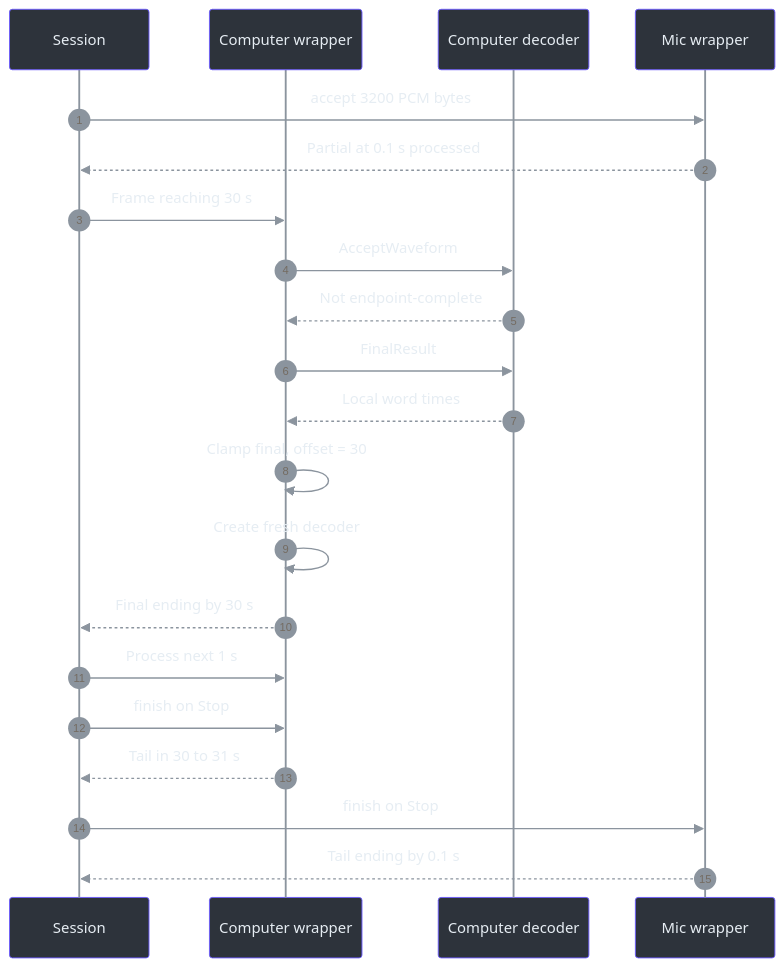
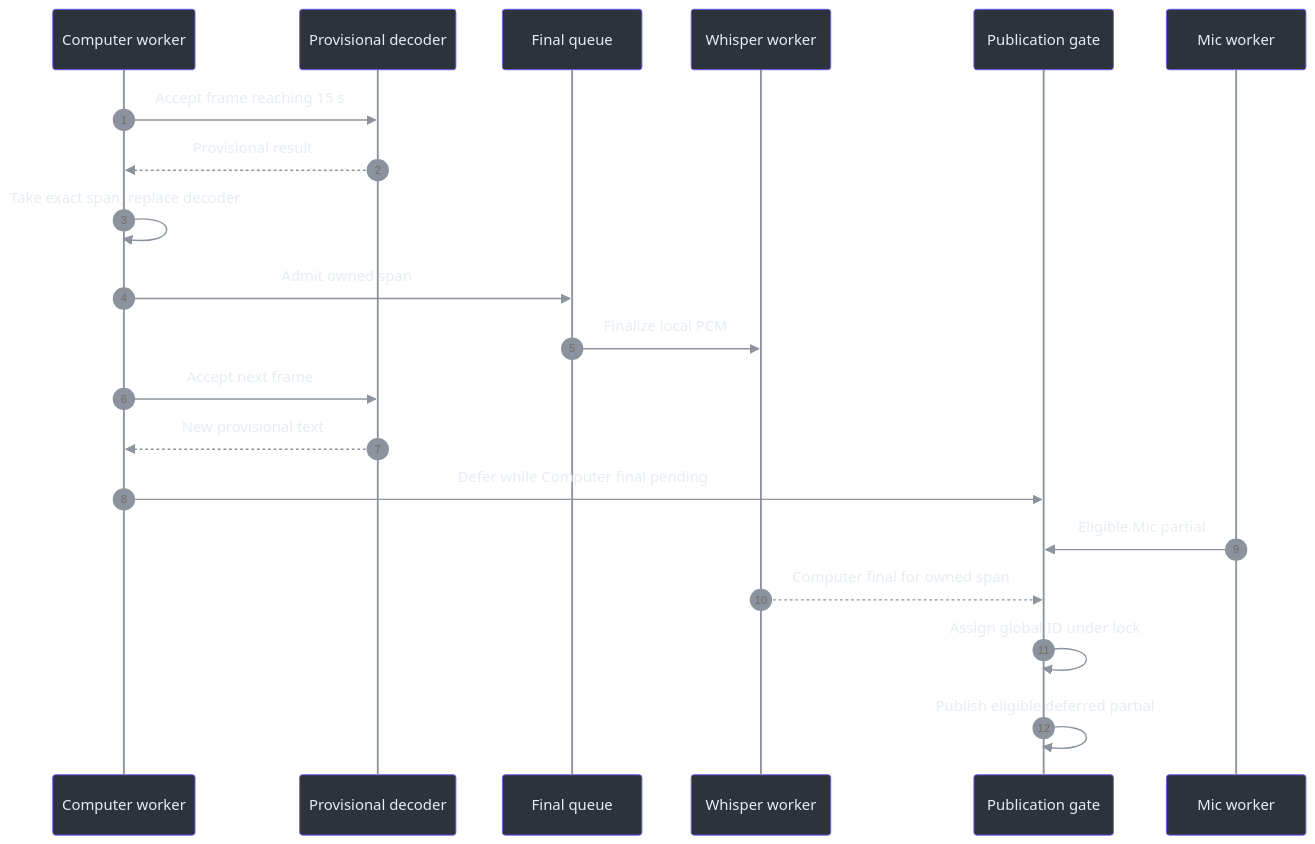
The diagram in docs/handbook/assets/diagrams/09-python-recognition-02.mmd (Zanark/phantom-fudge), drawn with Mermaid before and after one commit. The commit also changed 371 other files, not shown here.

```diff
--- a/docs/handbook/assets/diagrams/09-python-recognition-02.mmd
+++ b/docs/handbook/assets/diagrams/09-python-recognition-02.mmd
@@ -1,26 +1,25 @@
 ---
 config: {"theme":"base","themeVariables":{"primaryColor":"#2d333b","primaryBorderColor":"#6d5dfc","primaryTextColor":"#e6edf3","lineColor":"#8b949e","actorBkg":"#2d333b","actorBorder":"#6d5dfc","actorTextColor":"#e6edf3","actorLineColor":"#8b949e","signalColor":"#8b949e","signalTextColor":"#e6edf3","noteBkgColor":"#161b22","noteBorderColor":"#30363d","noteTextColor":"#e6edf3"}}
 ---
 sequenceDiagram
-    accTitle: A source rotates without resetting its audio clock
-    accDescr: Computer rotates at thirty processed seconds while Mic retains its separate decoder and shorter clock.
+    accTitle: A pending final does not lose source order
+    accDescr: Computer commits an owned span, newer provisional text waits for its final, and Mic remains an independent publication track.
     autonumber
-    participant S as Session
-    participant C as Computer wrapper
-    participant D as Computer decoder
-    participant M as Mic wrapper
-    S->>M: accept 3200 PCM bytes
-    M-->>S: Partial at 0.1 s processed
-    S->>C: Frame reaching 30 s
-    C->>D: AcceptWaveform
-    D-->>C: Not endpoint-complete
-    C->>D: FinalResult
-    D-->>C: Local word times
-    C->>C: Clamp final, offset = 30
-    C->>C: Create fresh decoder
-    C-->>S: Final ending by 30 s
-    S->>C: Process next 1 s
-    S->>C: finish on Stop
-    C-->>S: Tail in 30 to 31 s
-    S->>M: finish on Stop
-    M-->>S: Tail ending by 0.1 s
+    participant C as Computer worker
+    participant V as Provisional decoder
+    participant Q as Final queue
+    participant W as Whisper worker
+    participant P as Publication gate
+    participant M as Mic worker
+    C->>V: Accept frame reaching 15 s
+    V-->>C: Provisional result
+    C->>C: Take exact span, replace decoder
+    C->>Q: Admit owned span
+    Q->>W: Finalize local PCM
+    C->>V: Accept next frame
+    V-->>C: New provisional text
+    C->>P: Defer while Computer final pending
+    M->>P: Eligible Mic partial
+    W-->>P: Computer final for owned span
+    P->>P: Assign global ID under lock
+    P->>P: Publish eligible deferred partial
```
